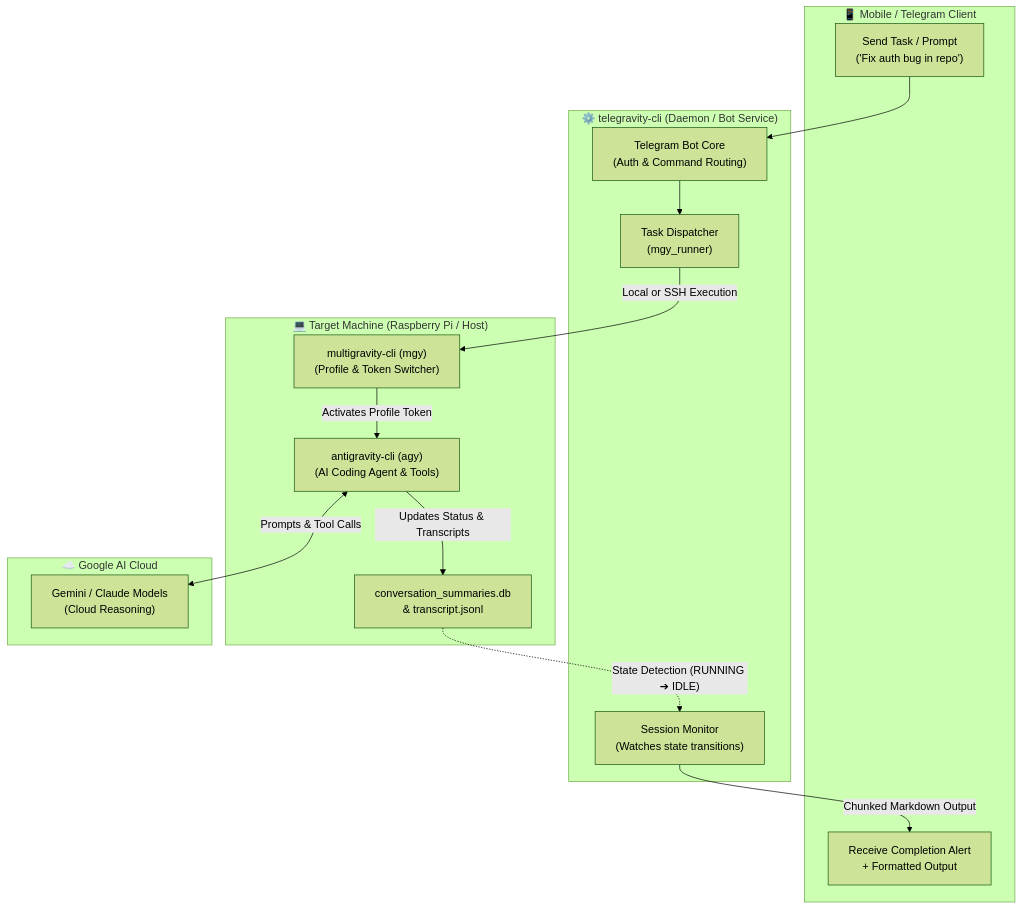
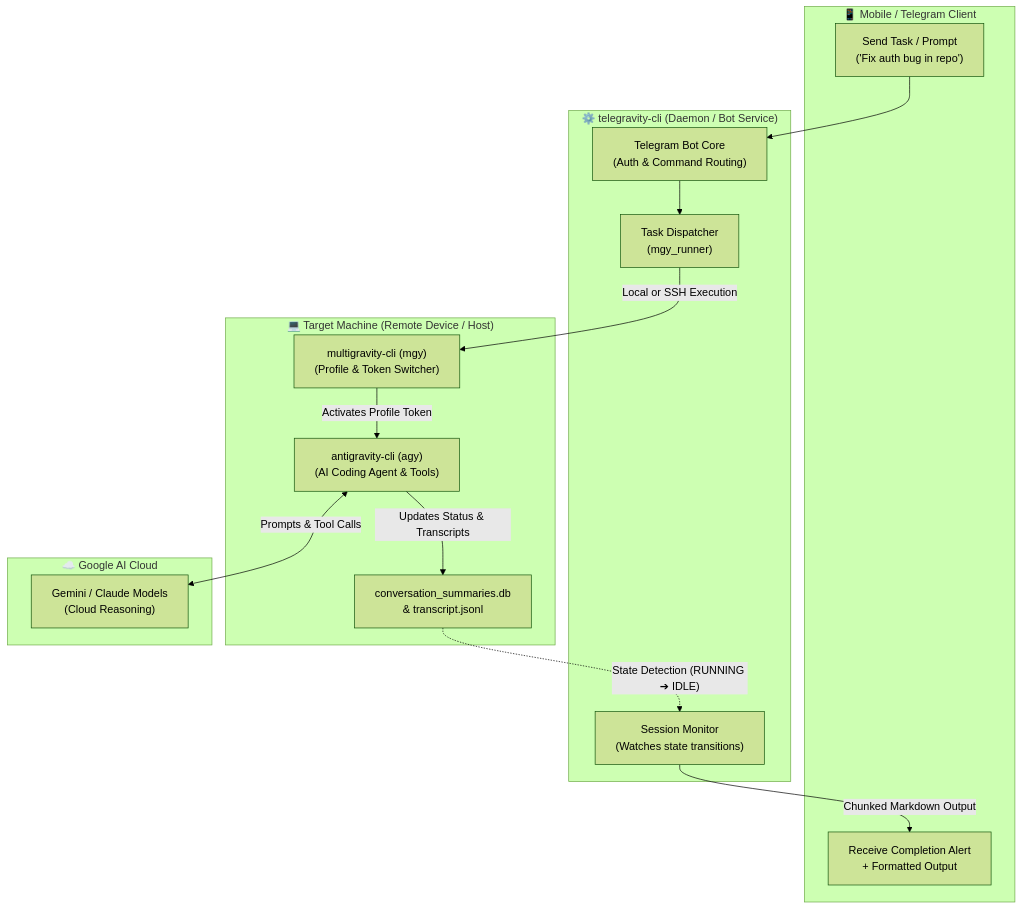
The diagram in README.md (wafardev/telegravity-cli), drawn with Mermaid (forest theme) before and after one commit. The commit also changed other lines of this file and 1 other file, not shown here.

Commit message:
Replace Raspberry Pi mentions with generic remote device

````diff
--- a/README.md
+++ b/README.md
@@ -25,32 +25,32 @@
 ```mermaid
 flowchart TD
     subgraph Telegram["📱 Mobile / Telegram Client"]
         Msg["Send Task / Prompt\n('Fix auth bug in repo')"]
         Notif["Receive Completion Alert\n+ Formatted Output"]
     end
 
     subgraph Daemon["⚙️ telegravity-cli (Daemon / Bot Service)"]
         Bot["Telegram Bot Core\n(Auth & Command Routing)"]
         Dispatcher["Task Dispatcher\n(mgy_runner)"]
         Observer["Session Monitor\n(Watches state transitions)"]
     end
 
-    subgraph Host["💻 Target Machine (Raspberry Pi / Host)"]
+    subgraph Host["💻 Target Machine (Remote Device / Host)"]
         MGY["multigravity-cli (mgy)\n(Profile & Token Switcher)"]
         AGY["antigravity-cli (agy)\n(AI Coding Agent & Tools)"]
         DB["conversation_summaries.db\n& transcript.jsonl"]
     end
 
     subgraph Cloud["☁️ Google AI Cloud"]
         Gemini["Gemini / Claude Models\n(Cloud Reasoning)"]
     end
 
     Msg --> Bot
     Bot --> Dispatcher
     Dispatcher -->|"Local or SSH Execution"| MGY
     MGY -->|"Activates Profile Token"| AGY
     AGY <-->|"Prompts & Tool Calls"| Gemini
     AGY -->|"Updates Status & Transcripts"| DB
     DB -.->|"State Detection (RUNNING ➔ IDLE)"| Observer
     Observer -->|"Chunked Markdown Output"| Notif
 ```
````
